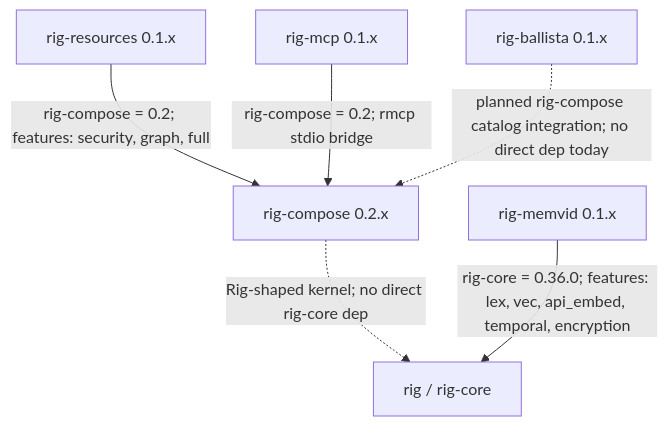
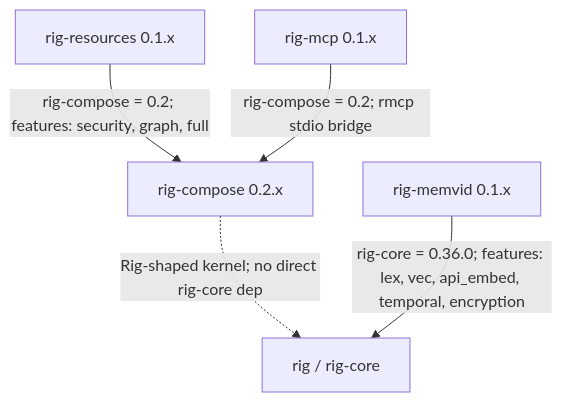
Before and after one commit to ForeverAngry/rig-resources: the diagram in README.md, drawn with Mermaid. The commit also changed other lines of this file, not shown here.

````diff
--- a/README.md
+++ b/README.md
@@ -113,15 +113,13 @@
 ```mermaid
 flowchart TD
     rig["rig / rig-core"]
     compose["rig-compose 0.2.x"]
     resources["rig-resources 0.1.x"]
     mcp["rig-mcp 0.1.x"]
     memvid["rig-memvid 0.1.x"]
-    ballista["rig-ballista 0.1.x"]
 
     compose -. "Rig-shaped kernel; no direct rig-core dep" .-> rig
     resources -- "rig-compose = 0.2; features: security, graph, full" --> compose
     mcp -- "rig-compose = 0.2; rmcp stdio bridge" --> compose
     memvid -- "rig-core = 0.36.0; features: lex, vec, api_embed, temporal, encryption" --> rig
-    ballista -. "planned rig-compose catalog integration; no direct dep today" .-> compose
 ```
````
